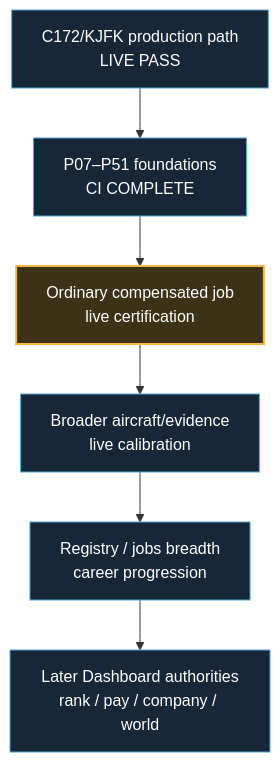
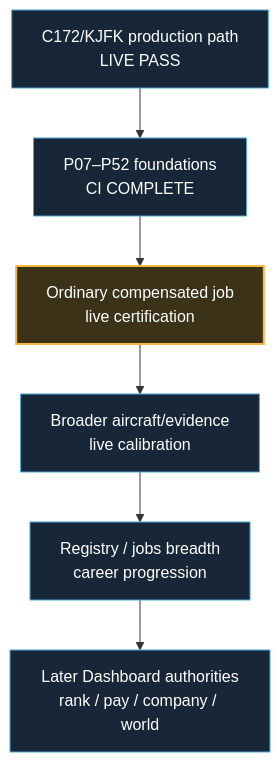
One commit to dhavalpddn-eng/OpenCareer changed the second of 2 diagrams in docs/development-master-checklist.md. Above: the diagram before and after it, drawn with Mermaid. The commit also changed other lines of this file and 2 other files, not shown here.

````diff
--- a/docs/development-master-checklist.md
+++ b/docs/development-master-checklist.md
@@ -54,13 +54,13 @@
 ```mermaid
 flowchart TD
-    A["C172/KJFK production path<br/>LIVE PASS"] --> B["P07–P51 foundations<br/>CI COMPLETE"]
+    A["C172/KJFK production path<br/>LIVE PASS"] --> B["P07–P52 foundations<br/>CI COMPLETE"]
     B --> C["Ordinary compensated job<br/>live certification"]
     C --> D["Broader aircraft/evidence<br/>live calibration"]
     D --> E["Registry / jobs breadth<br/>career progression"]
     E --> F["Later Dashboard authorities<br/>rank / pay / company / world"]
 
     classDef next fill:#3b3218,stroke:#F4B942,color:#fff,stroke-width:2px;
     classDef future fill:#172737,stroke:#4EA8DE,color:#fff,stroke-width:1px;
     class C next;
     class A,B,D,E,F future;
 ```
````
